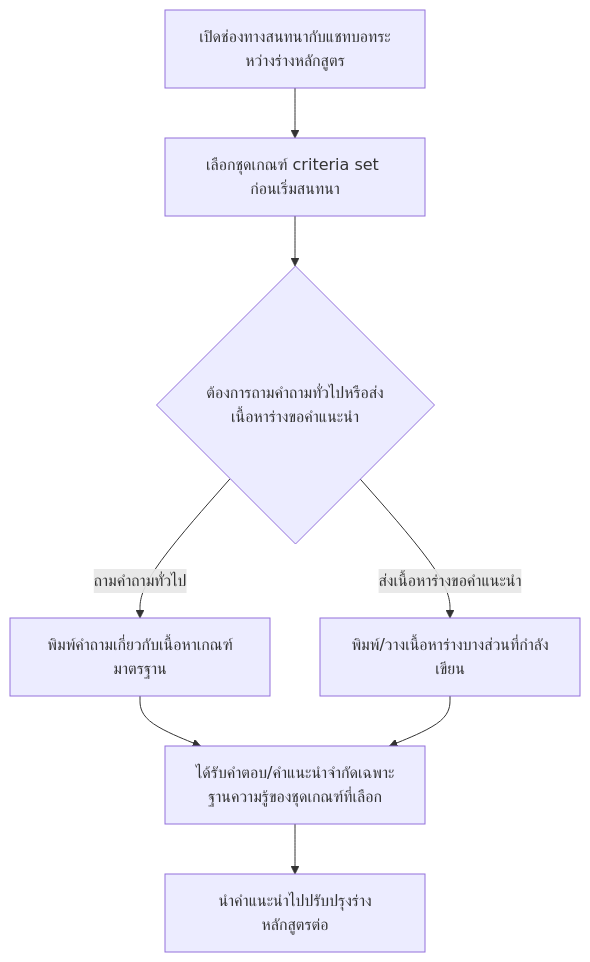
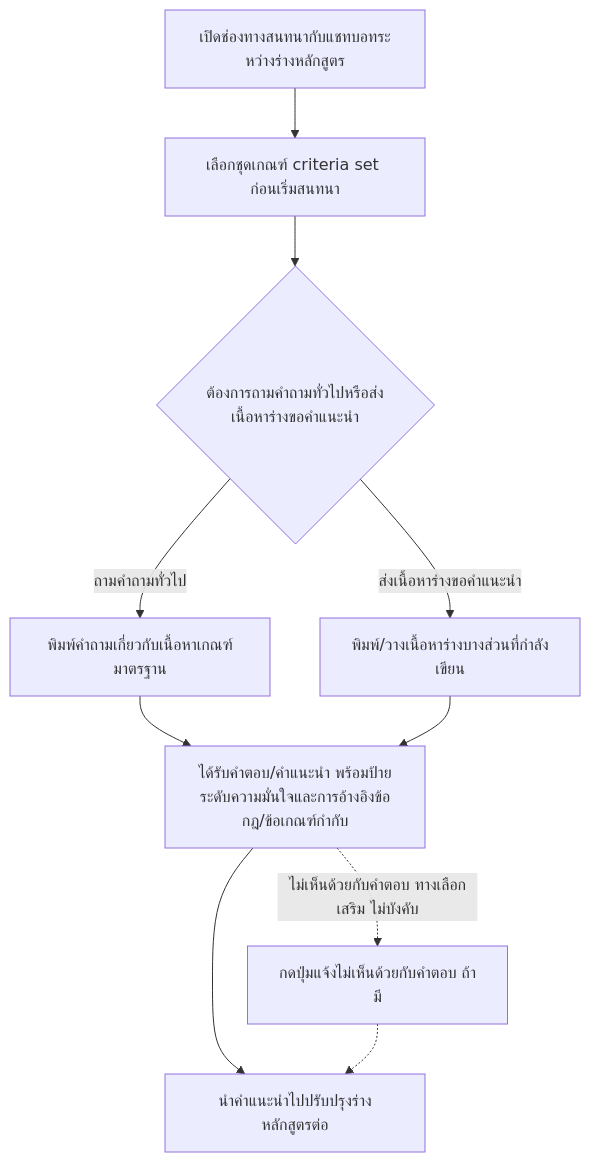
One commit to patcharapolpon-ux/Cur-Mate changed the diagram in docs/02-design/01-prototypes/20260823-02-user-journey-course-coordinator-chatbot-advisory.md. Above: the diagram before and after it, drawn with Mermaid. The commit also changed other lines of this file and 8 other files, not shown here.

````diff
--- a/docs/02-design/01-prototypes/20260823-02-user-journey-course-coordinator-chatbot-advisory.md
+++ b/docs/02-design/01-prototypes/20260823-02-user-journey-course-coordinator-chatbot-advisory.md
@@ -16,10 +16,12 @@
 ```mermaid
 flowchart TD
     A[เปิดช่องทางสนทนากับแชทบอทระหว่างร่างหลักสูตร] --> B[เลือกชุดเกณฑ์ criteria set ก่อนเริ่มสนทนา]
     B --> C{ต้องการถามคำถามทั่วไปหรือส่งเนื้อหาร่างขอคำแนะนำ}
     C -->|ถามคำถามทั่วไป| D[พิมพ์คำถามเกี่ยวกับเนื้อหาเกณฑ์มาตรฐาน]
     C -->|ส่งเนื้อหาร่างขอคำแนะนำ| E[พิมพ์/วางเนื้อหาร่างบางส่วนที่กำลังเขียน]
-    D --> F[ได้รับคำตอบ/คำแนะนำจำกัดเฉพาะฐานความรู้ของชุดเกณฑ์ที่เลือก]
+    D --> F[ได้รับคำตอบ/คำแนะนำ พร้อมป้ายระดับความมั่นใจและการอ้างอิงข้อกฎ/ข้อเกณฑ์กำกับ]
     E --> F
-    F --> G[นำคำแนะนำไปปรับปรุงร่างหลักสูตรต่อ]
+    F -.->|ไม่เห็นด้วยกับคำตอบ ทางเลือกเสริม ไม่บังคับ| G[กดปุ่มแจ้งไม่เห็นด้วยกับคำตอบ ถ้ามี]
+    F --> H[นำคำแนะนำไปปรับปรุงร่างหลักสูตรต่อ]
+    G -.-> H
 ```
````
